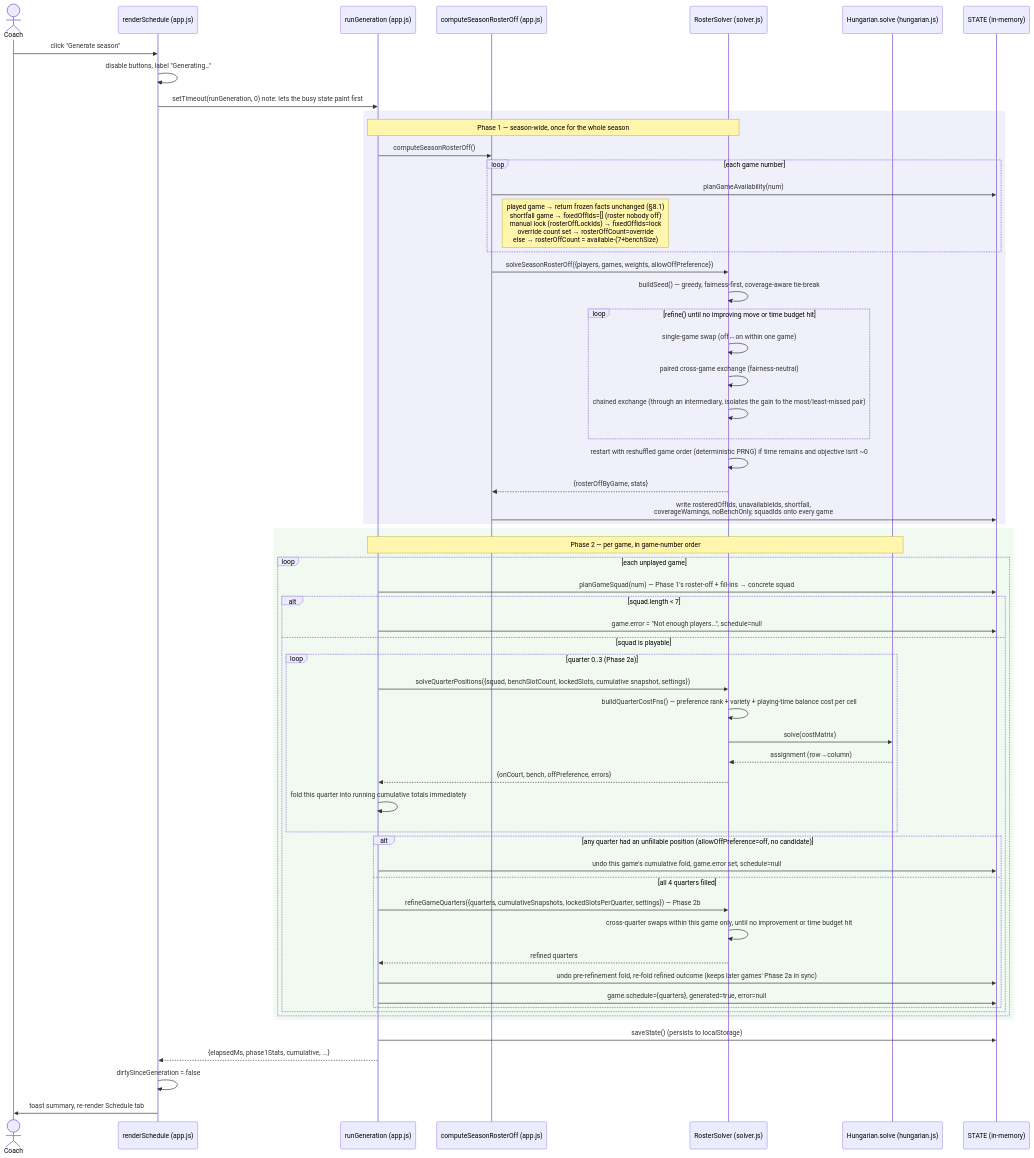
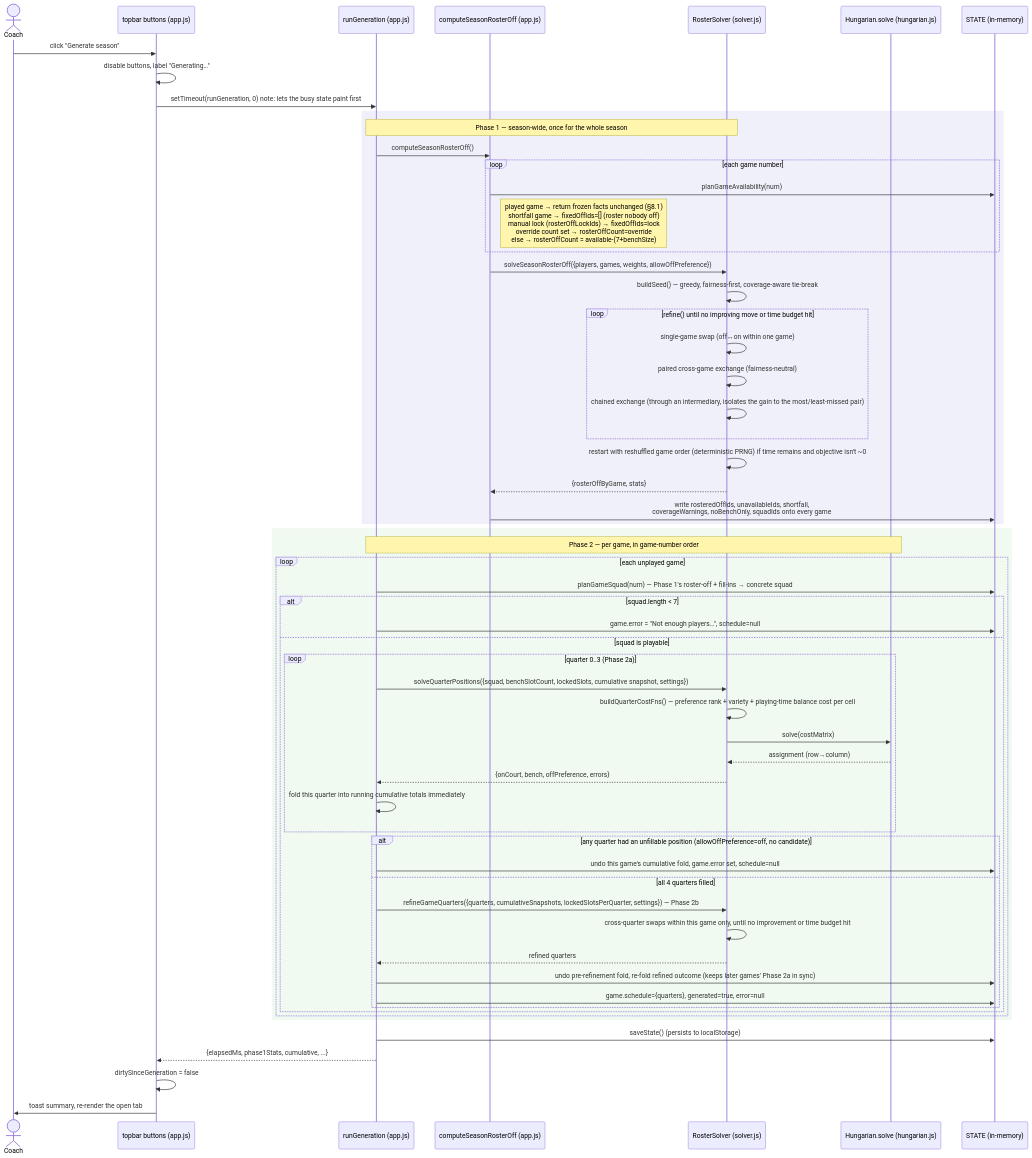
Before and after one commit to dj8/nb-roster-mgr: the first of 4 diagrams in docs/flows.md, drawn with Mermaid. The commit also changed 4 other files, not shown here.

````diff
--- a/docs/flows.md
+++ b/docs/flows.md
@@ -16,66 +16,66 @@
 ```mermaid
 sequenceDiagram
     actor Coach
-    participant UI as renderSchedule (app.js)
+    participant UI as topbar buttons (app.js)
     participant Gen as runGeneration (app.js)
     participant P1 as computeSeasonRosterOff (app.js)
     participant Solver as RosterSolver (solver.js)
     participant Hung as Hungarian.solve (hungarian.js)
     participant State as STATE (in-memory)
 
     Coach->>UI: click "Generate season"
     UI->>UI: disable buttons, label "Generating…"
     UI->>Gen: setTimeout(runGeneration, 0)  note: lets the busy state paint first
 
     rect rgb(240,240,250)
     note over Gen,Solver: Phase 1 — season-wide, once for the whole season
     Gen->>P1: computeSeasonRosterOff()
     loop each game number
         P1->>State: planGameAvailability(num)
         note right of P1: played game → return frozen facts unchanged (§8.1)<br/>shortfall game → fixedOffIds=[] (roster nobody off)<br/>manual lock (rosterOffLockIds) → fixedOffIds=lock<br/>override count set → rosterOffCount=override<br/>else → rosterOffCount = available-(7+benchSize)
     end
     P1->>Solver: solveSeasonRosterOff({players, games, weights, allowOffPreference})
     Solver->>Solver: buildSeed() — greedy, fairness-first, coverage-aware tie-break
     loop refine() until no improving move or time budget hit
         Solver->>Solver: single-game swap (off↔on within one game)
         Solver->>Solver: paired cross-game exchange (fairness-neutral)
         Solver->>Solver: chained exchange (through an intermediary, isolates the gain to the most/least-missed pair)
     end
     Solver->>Solver: restart with reshuffled game order (deterministic PRNG) if time remains and objective isn't ~0
     Solver-->>P1: {rosterOffByGame, stats}
     P1->>State: write rosteredOffIds, unavailableIds, shortfall,<br/>coverageWarnings, noBenchOnly, squadIds onto every game
     end
 
     rect rgb(240,250,240)
     note over Gen,Hung: Phase 2 — per game, in game-number order
     loop each unplayed game
         Gen->>State: planGameSquad(num) — Phase 1's roster-off + fill-ins → concrete squad
         alt squad.length < 7
             Gen->>State: game.error = "Not enough players…", schedule=null
         else squad is playable
             loop quarter 0..3 (Phase 2a)
                 Gen->>Solver: solveQuarterPositions({squad, benchSlotCount, lockedSlots, cumulative snapshot, settings})
                 Solver->>Solver: buildQuarterCostFns() — preference rank + variety + playing-time balance cost per cell
                 Solver->>Hung: solve(costMatrix)
                 Hung-->>Solver: assignment (row→column)
                 Solver-->>Gen: {onCourt, bench, offPreference, errors}
                 Gen->>Gen: fold this quarter into running cumulative totals immediately
             end
             alt any quarter had an unfillable position (allowOffPreference=off, no candidate)
                 Gen->>State: undo this game's cumulative fold, game.error set, schedule=null
             else all 4 quarters filled
                 Gen->>Solver: refineGameQuarters({quarters, cumulativeSnapshots, lockedSlotsPerQuarter, settings}) — Phase 2b
                 Solver->>Solver: cross-quarter swaps within this game only, until no improvement or time budget hit
                 Solver-->>Gen: refined quarters
                 Gen->>State: undo pre-refinement fold, re-fold refined outcome (keeps later games' Phase 2a in sync)
                 Gen->>State: game.schedule={quarters}, generated=true, error=null
             end
         end
     end
     end
 
     Gen->>State: saveState() (persists to localStorage)
     Gen-->>UI: {elapsedMs, phase1Stats, cumulative, ...}
     UI->>UI: dirtySinceGeneration = false
-    UI->>Coach: toast summary, re-render Schedule tab
+    UI->>Coach: toast summary, re-render the open tab
 ```
````
